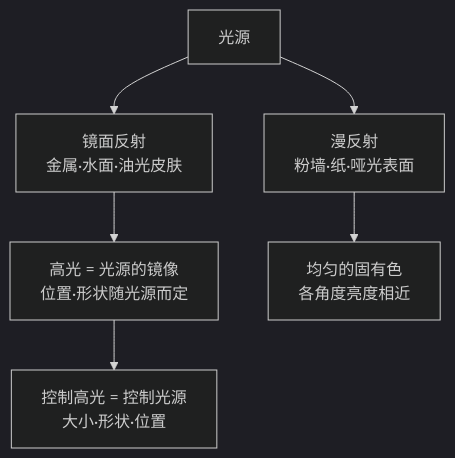
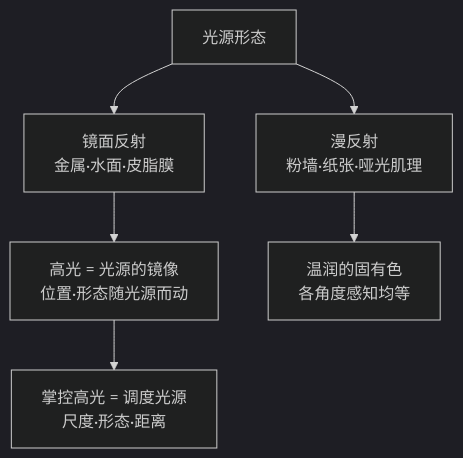
The second of 2 diagrams in docs/02-light.md (yingwang/photography-book), drawn with Mermaid (dark theme) before and after one commit. The commit also changed other lines of this file and 16 other files, not shown here.

````diff
--- a/docs/02-light.md
+++ b/docs/02-light.md
@@ -175,8 +201,8 @@
 ```mermaid
 graph TD
-  S["光源"] --> R1["镜面反射<br/>金属·水面·油光皮肤"]
-  S --> R2["漫反射<br/>粉墙·纸·哑光表面"]
-  R1 --> H["高光 = 光源的镜像<br/>位置·形状随光源而定"]
-  R2 --> C["均匀的固有色<br/>各角度亮度相近"]
-  H --> K["控制高光 = 控制光源<br/>大小·形状·位置"]
+  S["光源形态"] --> R1["镜面反射<br/>金属·水面·皮脂膜"]
+  S --> R2["漫反射<br/>粉墙·纸张·哑光肌理"]
+  R1 --> H["高光 = 光源的镜像<br/>位置·形态随光源而动"]
+  R2 --> C["温润的固有色<br/>各角度感知均等"]
+  H --> K["掌控高光 = 调度光源<br/>尺度·形态·距离"]
 ```
````
